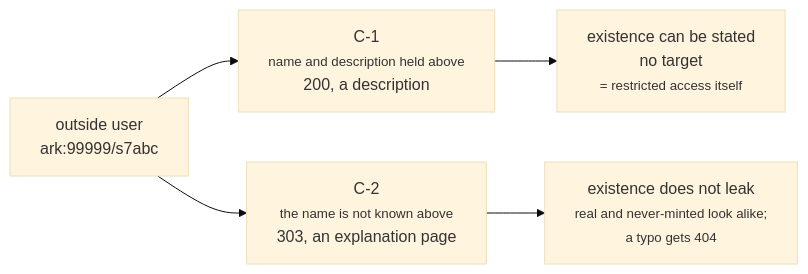
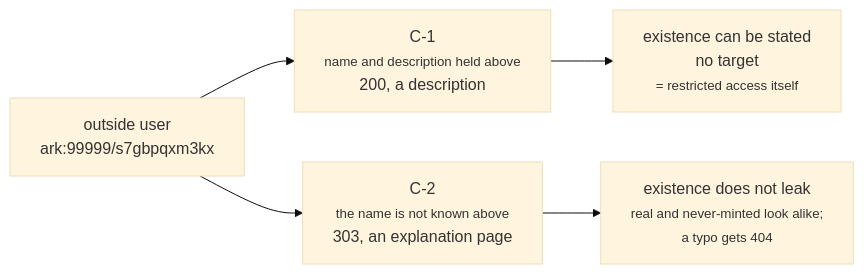
Before and after one commit to RCOSDP/arkhe: the tenth of 14 diagrams in docs/guides/federation.md, drawn with Mermaid (base theme). The commit also changed other lines of this file and 29 other files, not shown here.

````diff
--- a/docs/guides/federation.md
+++ b/docs/guides/federation.md
@@ -332,7 +332,7 @@
 ```mermaid
 flowchart LR
-    U["outside user<br/>ark:99999/s7abc"] --> C1["C-1<br/><small>name and description held above</small><br/>200, a description"]
+    U["outside user<br/>ark:99999/s7gbpqxm3kx"] --> C1["C-1<br/><small>name and description held above</small><br/>200, a description"]
     U --> C2["C-2<br/><small>the name is not known above</small><br/>303, an explanation page"]
     C1 --> R1["existence can be stated<br/>no target<br/><small>= restricted access itself</small>"]
     C2 --> R2["existence does not leak<br/><small>real and never-minted look alike;<br/>a typo gets 404</small>"]
 ```
````
